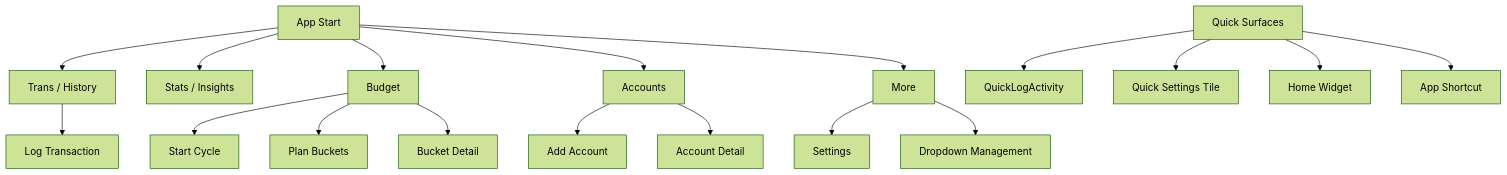
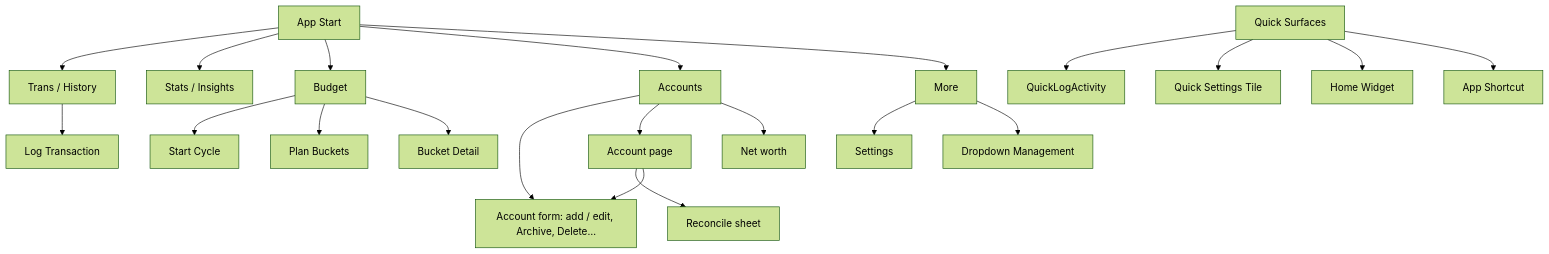
Before and after one commit to issaczerubbabela/L-Edgar: the second of 5 diagrams in docs/ARCHITECTURE.md, drawn with Mermaid (forest theme). The commit also changed other lines of this file and 10 other files, not shown here.

First line of the commit message:
Accounts revamp: Net worth screen replaces Overall Stats (#66)

````diff
--- a/docs/ARCHITECTURE.md
+++ b/docs/ARCHITECTURE.md
@@ -77,23 +77,25 @@
 ```mermaid
 flowchart TD
     A[App Start] --> B[Trans / History]
     A --> C[Stats / Insights]
     A --> BG[Budget]
     A --> D[Accounts]
     A --> E[More] --> E2[Settings]
 
     B --> B1[Log Transaction]
     BG --> BG1[Start Cycle]
     BG --> BG2[Plan Buckets]
     BG --> BG3[Bucket Detail]
 
-    D --> D1[Add Account]
-    D --> D2[Account Detail]
+    D --> D1[Account form: add / edit, Archive, Delete…]
+    D --> D2[Account page] --> D2a[Reconcile sheet]
+    D2 --> D1
+    D --> D3[Net worth]
 
     E --> E1[Dropdown Management]
 
     Q[Quick Surfaces] --> Q1[QuickLogActivity]
     Q[Quick Surfaces] --> Q2[Quick Settings Tile]
     Q[Quick Surfaces] --> Q3[Home Widget]
     Q[Quick Surfaces] --> Q4[App Shortcut]
 ```
````
